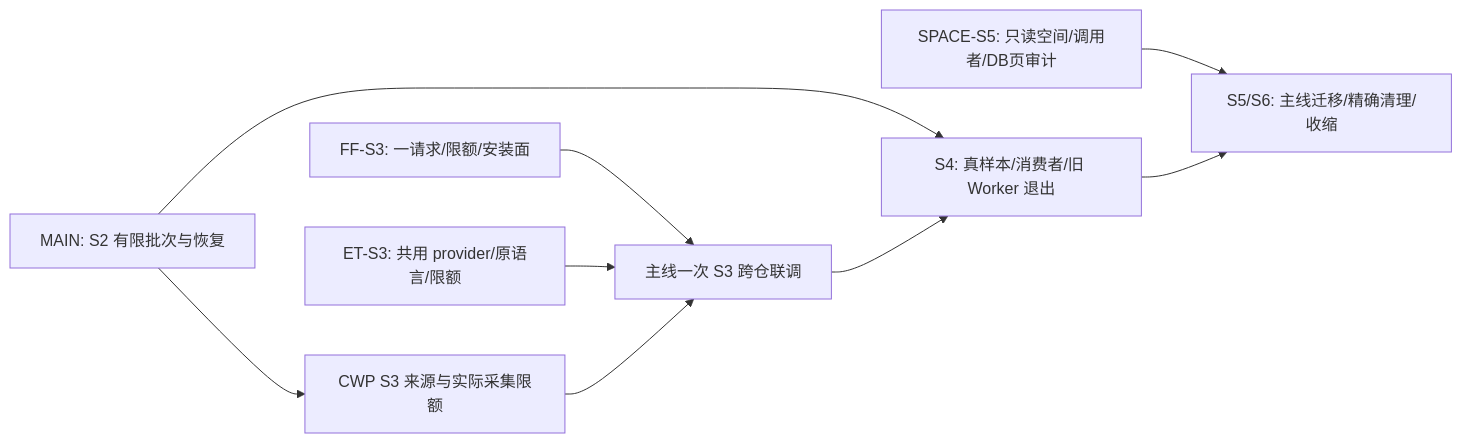
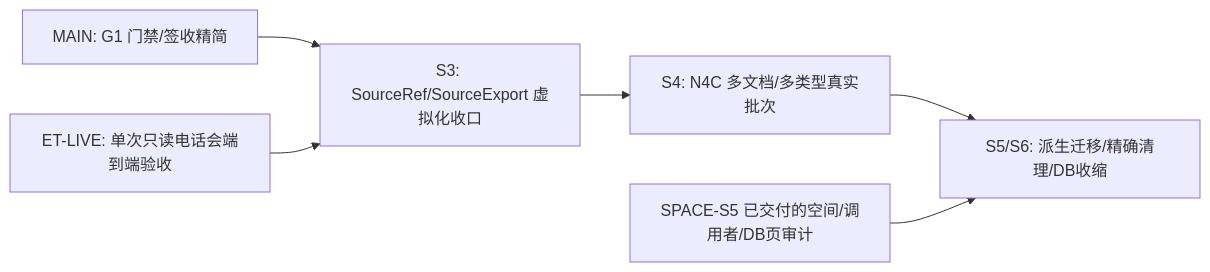
One commit to zhengcb81/company-wiki changed the diagram in docs/plans/narrative-evidence-pilot-2026-09-26/parallel_execution_plan_2026-10-03.md. Above: the diagram before and after it, drawn with Mermaid. The commit also changed other lines of this file and 29 other files, not shown here.

````diff
--- a/docs/plans/narrative-evidence-pilot-2026-09-26/parallel_execution_plan_2026-10-03.md
+++ b/docs/plans/narrative-evidence-pilot-2026-09-26/parallel_execution_plan_2026-10-03.md
@@ -51,11 +52,8 @@
 ```mermaid
 flowchart LR
-    MAIN[MAIN: S2 有限批次与恢复] --> CWP[CWP S3 来源与实际采集限额]
-    FF[FF-S3: 一请求/限额/安装面] --> JOIN[主线一次 S3 跨仓联调]
-    ET[ET-S3: 共用 provider/原语言/限额] --> JOIN
-    CWP --> JOIN
-    MAIN --> LIVE[S4: 真样本/消费者/旧 Worker 退出]
-    JOIN --> LIVE
-    AUDIT[SPACE-S5: 只读空间/调用者/DB页审计] --> CLEAN[S5/S6: 主线迁移/精确清理/收缩]
-    LIVE --> CLEAN
+    GATE[MAIN: G1 门禁/签收精简] --> VIRT[S3: SourceRef/SourceExport 虚拟化收口]
+    ETLIVE[ET-LIVE: 单次只读电话会端到端验收] --> VIRT
+    VIRT --> N4C[S4: N4C 多文档/多类型真实批次]
+    N4C --> CLEAN[S5/S6: 派生迁移/精确清理/DB收缩]
+    AUDIT[SPACE-S5 已交付的空间/调用者/DB页审计] --> CLEAN
 ```
````
